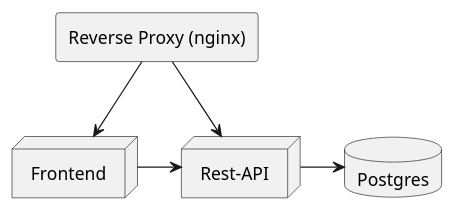
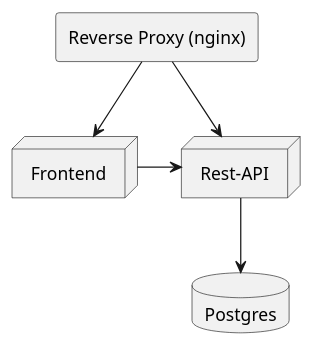
Before and after one commit to MaarxS/chess-opening-training-paper: the diagram in images/diagrams/deployment.puml, drawn with PlantUML. The commit also changed 23 other files, not shown here.

```diff
--- a/images/diagrams/deployment.puml
+++ b/images/diagrams/deployment.puml
@@ -1,13 +1,18 @@
 @startuml
+<style>
+element {
+    FontName Arial
+}
+</style>
 agent "Reverse Proxy (nginx)" as proxy
 node Frontend
 node "Rest-API" as API
 database Postgres
 
 proxy --> Frontend
 proxy --> API
 Frontend -> API
 
-API -> Postgres
+API --> Postgres
 
 @enduml
```
